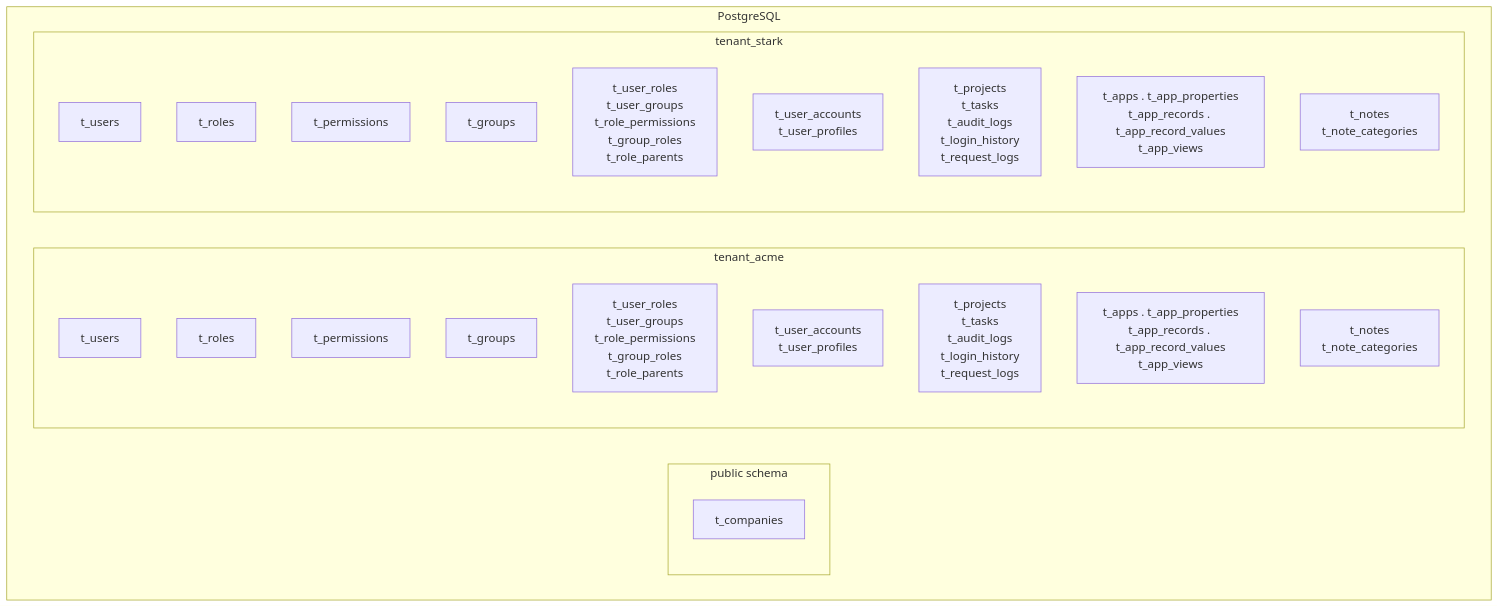
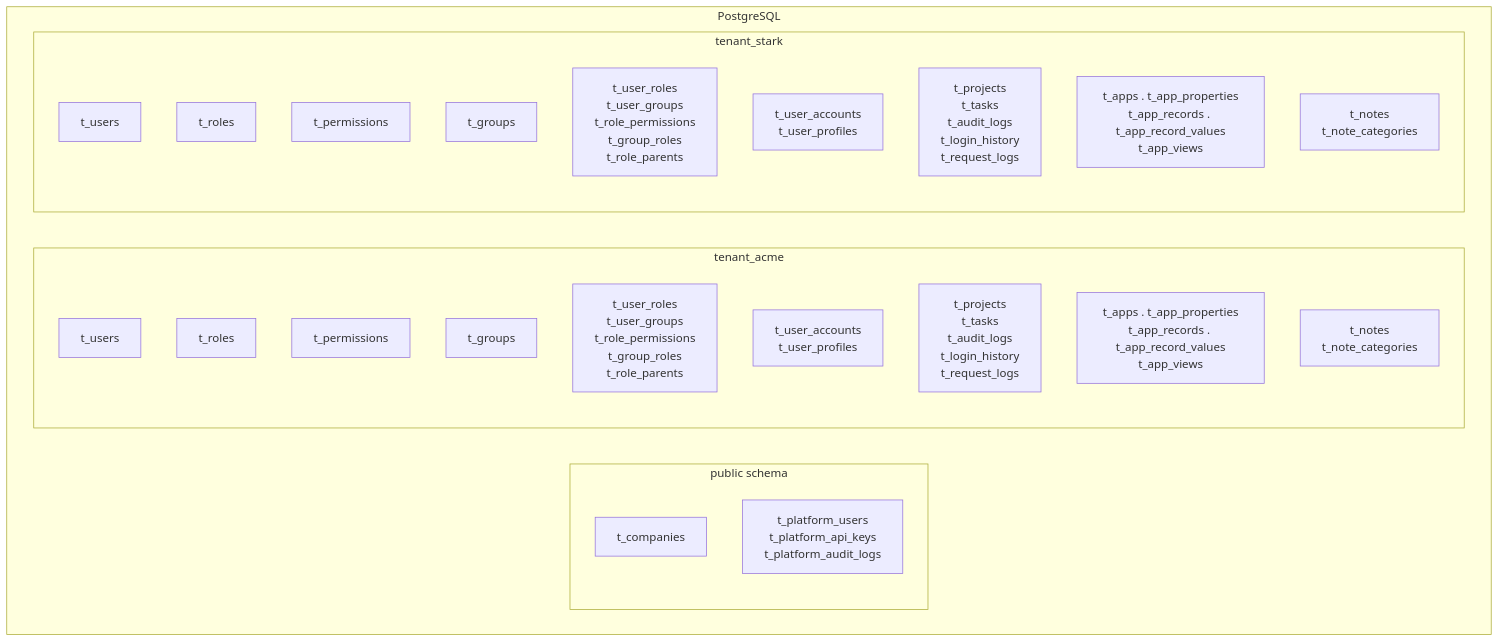
Before and after one commit to ibrhalil/forgesys: the fifth of 7 diagrams in docs/ARCHITECTURE.md, drawn with Mermaid. The commit also changed other lines of this file and 45 other files, not shown here.

````diff
--- a/docs/ARCHITECTURE.md
+++ b/docs/ARCHITECTURE.md
@@ -88,30 +144,31 @@
 ```mermaid
 flowchart TB
     subgraph PG[PostgreSQL]
         subgraph Public[public schema]
             TC[t_companies]
+            TPU[t_platform_users<br/>t_platform_api_keys<br/>t_platform_audit_logs]
         end
         subgraph T1[tenant_acme]
             TU1[t_users]
             TR1[t_roles]
             TP1[t_permissions]
             TG1[t_groups]
             TJoin1[t_user_roles<br/>t_user_groups<br/>t_role_permissions<br/>t_group_roles<br/>t_role_parents]
             TAcc1[t_user_accounts<br/>t_user_profiles]
             TMod1[t_projects<br/>t_tasks<br/>t_audit_logs<br/>t_login_history<br/>t_request_logs]
             TApps1[t_apps . t_app_properties<br/>t_app_records . t_app_record_values<br/>t_app_views]
             TNotes1[t_notes<br/>t_note_categories]
         end
         subgraph T2[tenant_stark]
             TU2[t_users]
             TR2[t_roles]
             TP2[t_permissions]
             TG2[t_groups]
             TJoin2[t_user_roles<br/>t_user_groups<br/>t_role_permissions<br/>t_group_roles<br/>t_role_parents]
             TAcc2[t_user_accounts<br/>t_user_profiles]
             TMod2[t_projects<br/>t_tasks<br/>t_audit_logs<br/>t_login_history<br/>t_request_logs]
             TApps2[t_apps . t_app_properties<br/>t_app_records . t_app_record_values<br/>t_app_views]
             TNotes2[t_notes<br/>t_note_categories]
         end
     end
 ```
````
